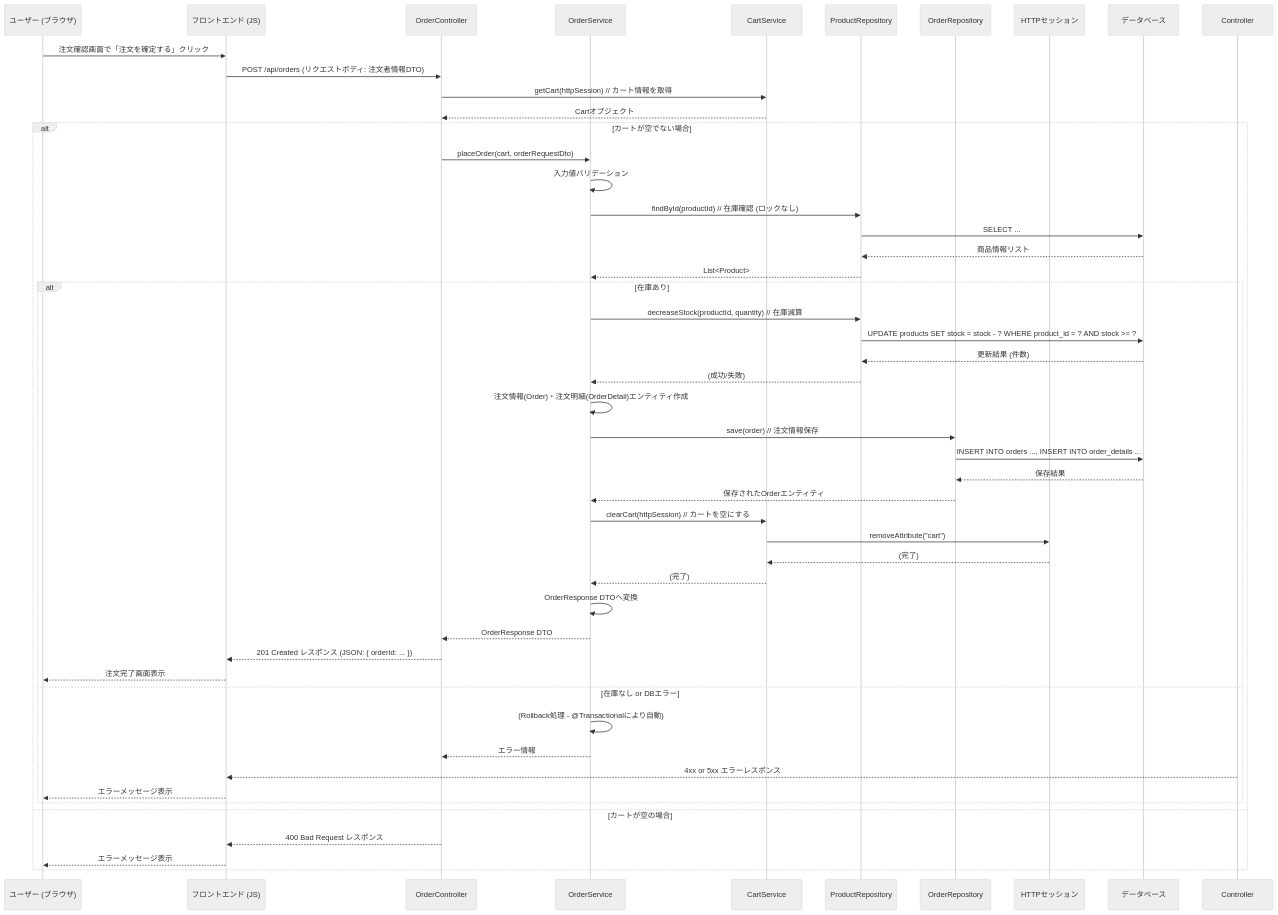
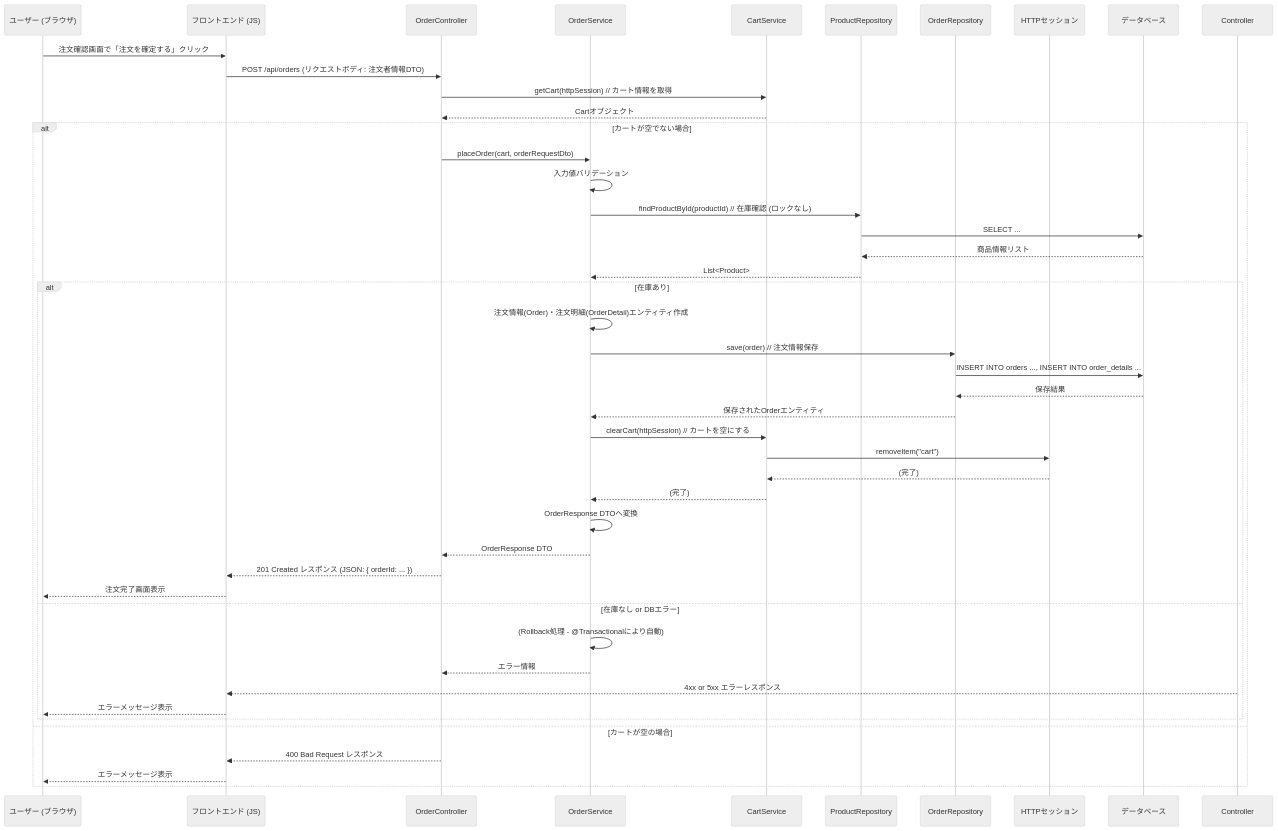
The sixth of 12 diagrams in 詳細設計/詳細設計.md (Hinako-Kimura127/neko), drawn with Mermaid (neutral theme) before and after one commit. The commit also changed other lines of this file, not shown here.

````diff
--- a/詳細設計/詳細設計.md
+++ b/詳細設計/詳細設計.md
@@ -244,56 +244,52 @@
-<div class="mermaid">
+```mermaid
 sequenceDiagram
     participant User as ユーザー (ブラウザ)
     participant FE as フロントエンド (JS)
     participant OrderController
     participant OrderService
     participant CartService
     participant ProductRepository
     participant OrderRepository
     participant HttpSession as HTTPセッション
     participant DB as データベース
  
     User->>FE: 注文確認画面で「注文を確定する」クリック
     FE->>OrderController: POST /api/orders (リクエストボディ: 注文者情報DTO)
     OrderController->>CartService: getCart(httpSession) // カート情報を取得
     CartService-->>OrderController: Cartオブジェクト
  
     alt カートが空でない場合
         OrderController->>OrderService: placeOrder(cart, orderRequestDto)
         OrderService->>OrderService: 入力値バリデーション
-        OrderService->>ProductRepository: findById(productId) // 在庫確認 (ロックなし)
+        OrderService->>ProductRepository: findProductById(productId) // 在庫確認 (ロックなし)
         ProductRepository->>DB: SELECT ...
         DB-->>ProductRepository: 商品情報リスト
         ProductRepository-->>OrderService: List<Product>
         alt 在庫あり
-            OrderService->>ProductRepository: decreaseStock(productId, quantity) // 在庫減算
-            ProductRepository->>DB: UPDATE products SET stock = stock - ? WHERE product_id = ? AND stock >= ?
-            DB-->>ProductRepository: 更新結果 (件数)
-            ProductRepository-->>OrderService: (成功/失敗)
  
             OrderService->>OrderService: 注文情報(Order)・注文明細(OrderDetail)エンティティ作成
             OrderService->>OrderRepository: save(order) // 注文情報保存
             OrderRepository->>DB: INSERT INTO orders ..., INSERT INTO order_details ...
             DB-->>OrderRepository: 保存結果
             OrderRepository-->>OrderService: 保存されたOrderエンティティ
  
             OrderService->>CartService: clearCart(httpSession) // カートを空にする
-            CartService->>HttpSession: removeAttribute("cart")
+            CartService->>HttpSession: removeItem("cart")
             HttpSession-->>CartService: (完了)
             CartService-->>OrderService: (完了)
  
             OrderService->>OrderService: OrderResponse DTOへ変換
             OrderService-->>OrderController: OrderResponse DTO
             OrderController-->>FE: 201 Created レスポンス (JSON: { orderId: ... })
             FE-->>User: 注文完了画面表示
         else 在庫なし or DBエラー
             OrderService->>OrderService: (Rollback処理 - @Transactionalにより自動)
             OrderService-->>OrderController: エラー情報
             Controller-->>FE: 4xx or 5xx エラーレスポンス
             FE-->>User: エラーメッセージ表示
         end
     else カートが空の場合
         OrderController-->>FE: 400 Bad Request レスポンス
         FE-->>User: エラーメッセージ表示
     end
-</div>
+```
````
